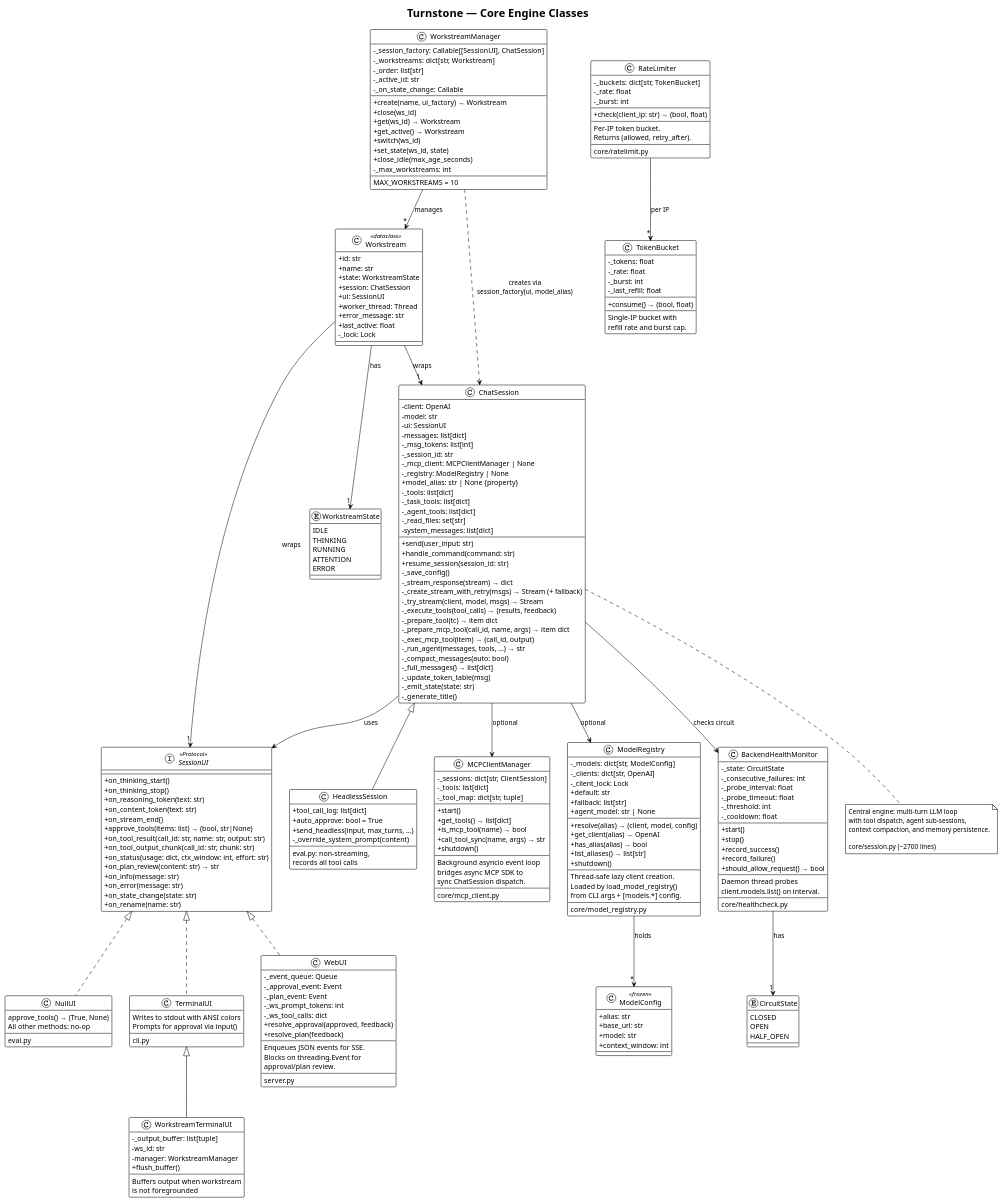
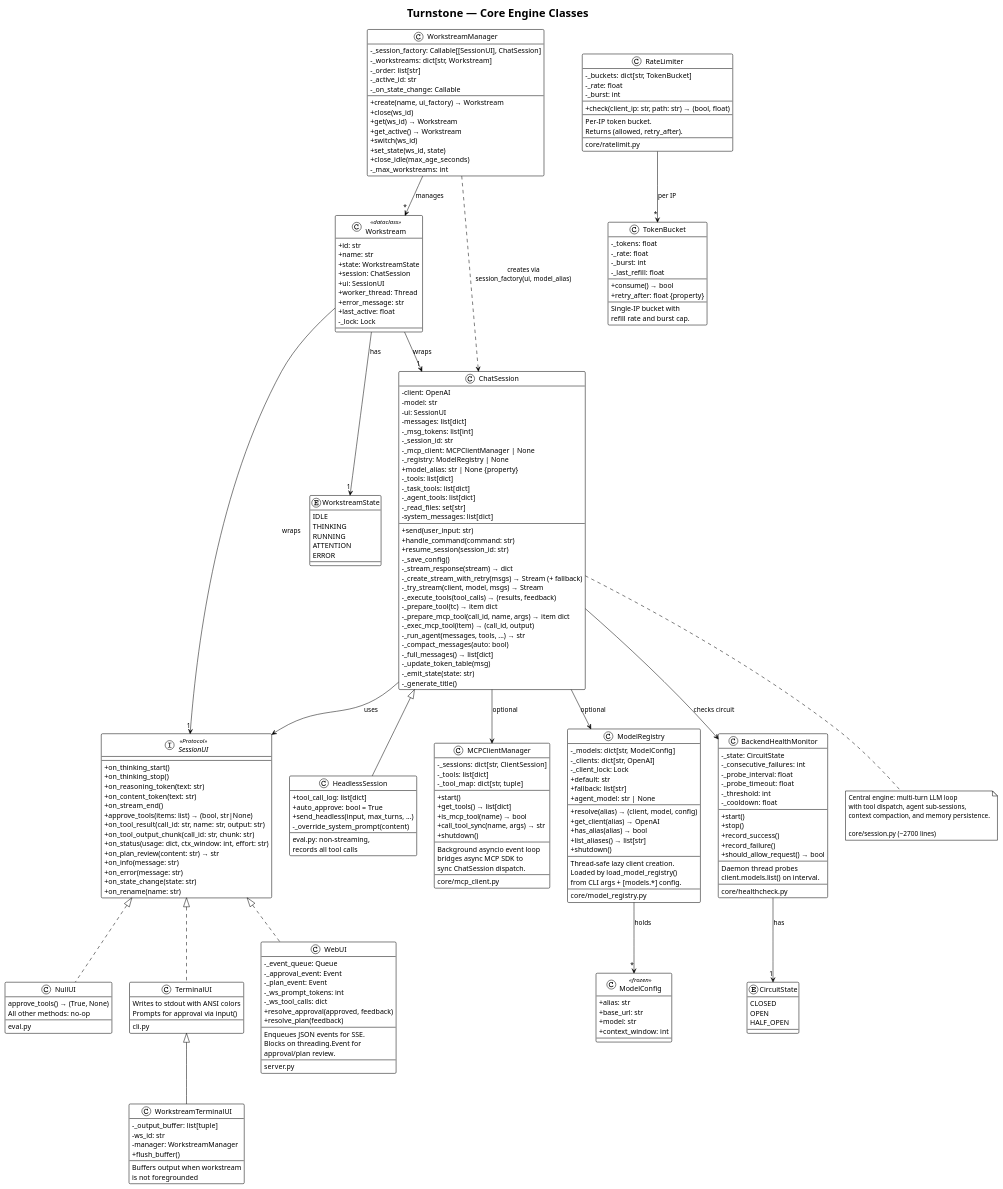
One commit to turnstonelabs/turnstone changed the diagram in docs/diagrams/03-core-engine-classes.puml. Above: the diagram before and after it, drawn with PlantUML. The commit also changed 7 other files, not shown here.

```diff
--- a/docs/diagrams/03-core-engine-classes.puml
+++ b/docs/diagrams/03-core-engine-classes.puml
@@ -126,8 +126,6 @@
     + set_state(ws_id, state)
     + close_idle(max_age_seconds)
     - _max_workstreams: int
-    --
-    MAX_WORKSTREAMS = 10
 }
 
 ' Workstream
@@ -234,7 +232,7 @@
     - _rate: float
     - _burst: int
     --
-    + check(client_ip: str) → (bool, float)
+    + check(client_ip: str, path: str) → (bool, float)
     --
     Per-IP token bucket.
     Returns (allowed, retry_after).
@@ -249,7 +247,8 @@
     - _burst: int
     - _last_refill: float
     --
-    + consume() → (bool, float)
+    + consume() → bool
+    + retry_after: float {property}
     --
     Single-IP bucket with
     refill rate and burst cap.
```
